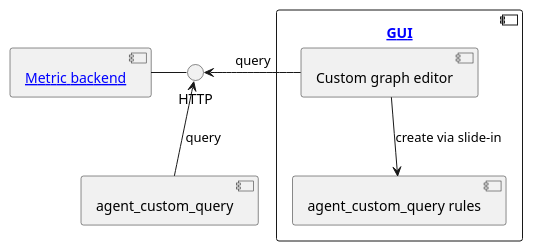
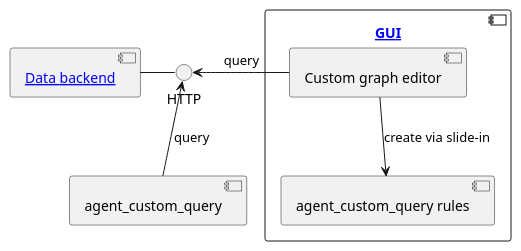
One commit to Checkmk/checkmk changed the diagram in doc/documentation/arch-comp-otel-monitoring-custom-query.puml. Above: the diagram before and after it, drawn with PlantUML. The commit also changed 10 other files, not shown here.

First line of the commit message:
docs: rename the metric backend architecture documentation

```diff
--- a/doc/documentation/arch-comp-otel-monitoring-custom-query.puml
+++ b/doc/documentation/arch-comp-otel-monitoring-custom-query.puml
@@ -1,18 +1,18 @@
 @startuml
 
-component "[[../arch-comp-metric-backend.html Metric backend]]" as metric_backend
-interface "HTTP" as http_metric_backend
+component "[[../arch-comp-data-backend.html Data backend]]" as data_backend
+interface "HTTP" as http_data_backend
 
 component "[[../arch-comp-gui.html GUI]]" as gui {
     component "Custom graph editor" as custom_graph_editor
     component "agent_custom_query rules" as agent_custom_query_rules
 }
 
 component "agent_custom_query" as agent_custom_query
 
-metric_backend - http_metric_backend
-custom_graph_editor -left-> http_metric_backend: query
+data_backend - http_data_backend
+custom_graph_editor -left-> http_data_backend: query
 custom_graph_editor --> agent_custom_query_rules: create via slide-in
-agent_custom_query -up-> http_metric_backend: query
+agent_custom_query -up-> http_data_backend: query
 
 @enduml
```
